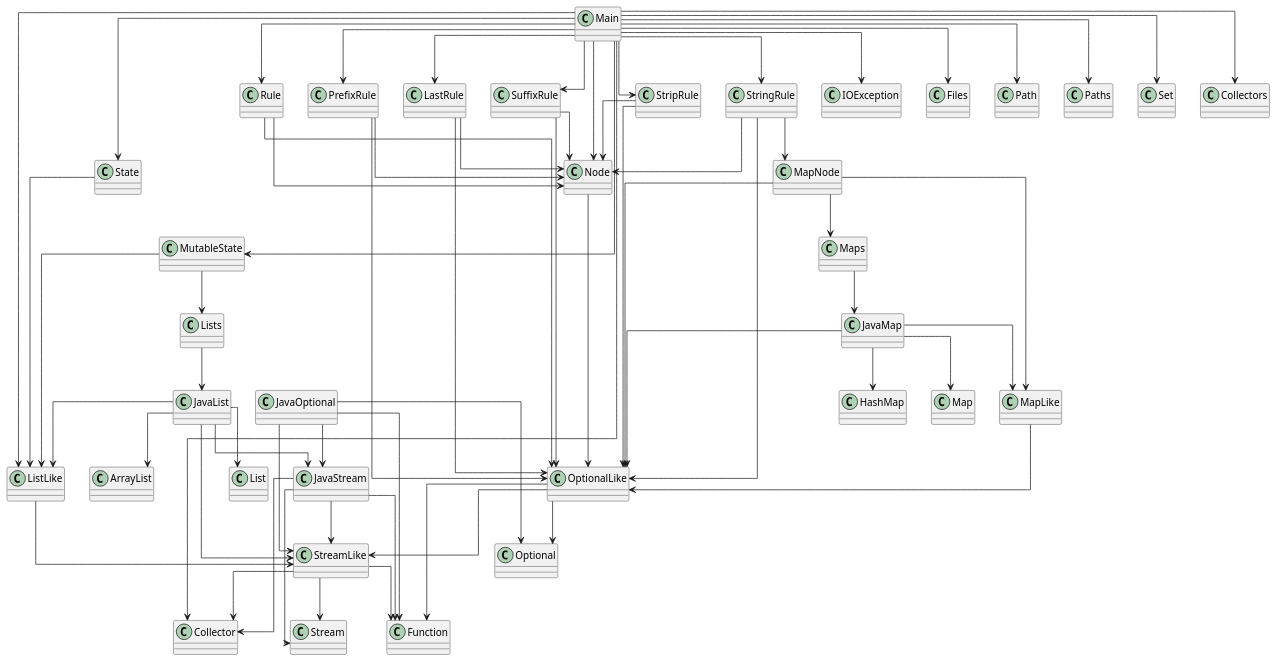
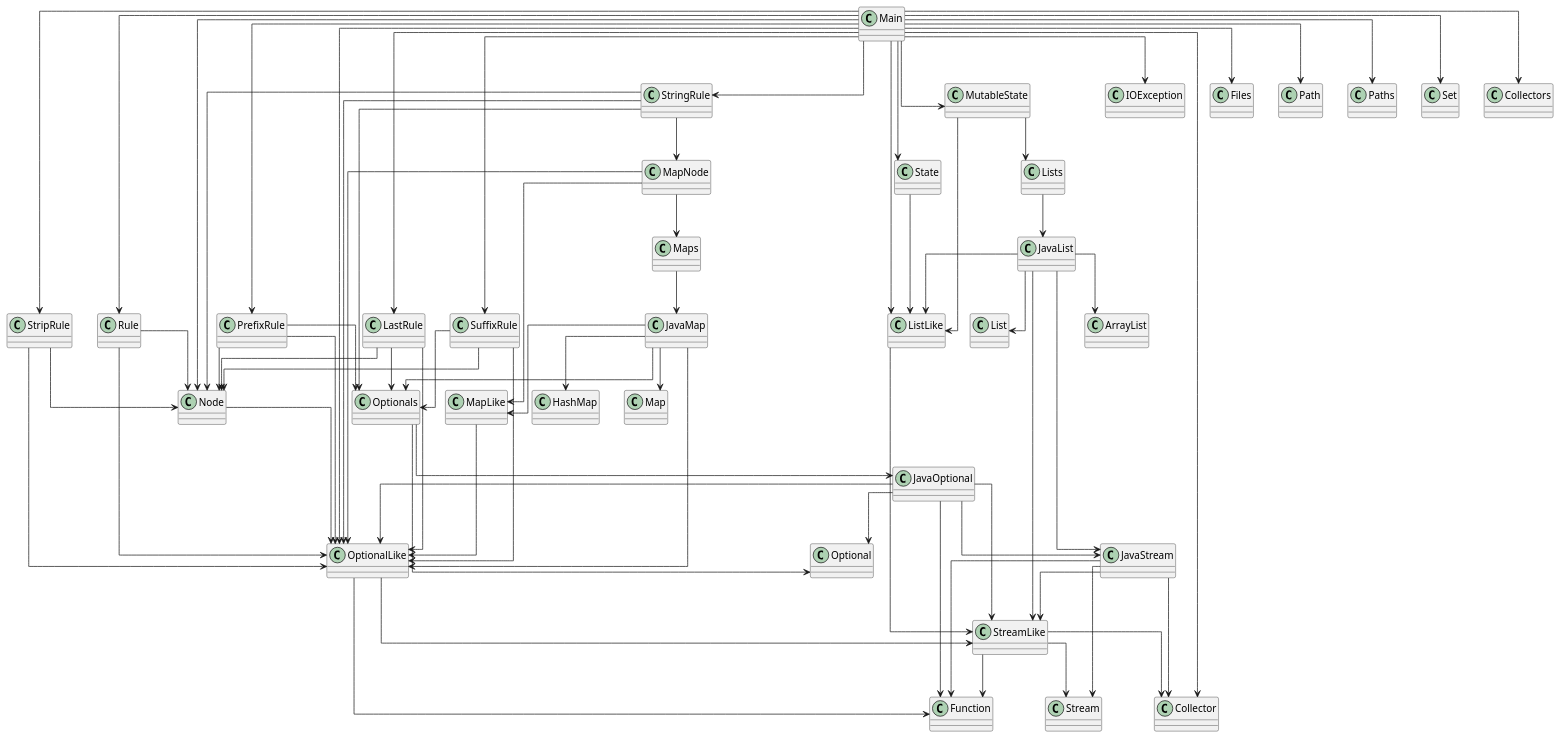
One commit to SirMathhman/Magma changed the diagram in diagram.puml. Above: the diagram before and after it, drawn with PlantUML. The commit also changed 14 other files, not shown here.

```diff
--- a/diagram.puml
+++ b/diagram.puml
@@ -1,89 +1,98 @@
 @startuml
 skinparam linetype ortho
 class ListLike
 ListLike --> StreamLike
 class Node
 Node --> OptionalLike
 class StripRule
 StripRule --> Node
 StripRule --> OptionalLike
 class Maps
 Maps --> JavaMap
 class Rule
 Rule --> Node
 Rule --> OptionalLike
 class JavaMap
+JavaMap --> OptionalLike
 JavaMap --> MapLike
+JavaMap --> Optionals
 JavaMap --> HashMap
 JavaMap --> Map
-JavaMap --> OptionalLike
+class OptionalLike
+OptionalLike --> StreamLike
+OptionalLike --> Function
 class StringRule
 StringRule --> MapNode
 StringRule --> Node
 StringRule --> OptionalLike
+StringRule --> Optionals
 class JavaList
 JavaList --> JavaStream
 JavaList --> StreamLike
 JavaList --> ListLike
 JavaList --> ArrayList
 JavaList --> List
 class PrefixRule
 PrefixRule --> Node
 PrefixRule --> OptionalLike
+PrefixRule --> Optionals
 class StreamLike
 StreamLike --> Function
 StreamLike --> Collector
 StreamLike --> Stream
 class MutableState
 MutableState --> ListLike
 MutableState --> Lists
-class OptionalLike
-OptionalLike --> StreamLike
-OptionalLike --> Optional
-OptionalLike --> Function
+class Optionals
+Optionals --> JavaOptional
+Optionals --> Optional
 class Main
 Main --> LastRule
 Main --> MutableState
+Main --> OptionalLike
 Main --> PrefixRule
 Main --> Rule
 Main --> State
 Main --> StringRule
 Main --> StripRule
 Main --> SuffixRule
 Main --> ListLike
 Main --> Node
 Main --> IOException
 Main --> Files
 Main --> Path
 Main --> Paths
 Main --> Set
 Main --> Collector
 Main --> Collectors
+class JavaOptional
+JavaOptional --> JavaStream
+JavaOptional --> OptionalLike
+JavaOptional --> StreamLike
+JavaOptional --> Optional
+JavaOptional --> Function
 class Lists
 Lists --> JavaList
 class MapNode
+MapNode --> OptionalLike
 MapNode --> MapLike
 MapNode --> Maps
-MapNode --> OptionalLike
 class LastRule
 LastRule --> Node
 LastRule --> OptionalLike
+LastRule --> Optionals
 class SuffixRule
 SuffixRule --> Node
 SuffixRule --> OptionalLike
+SuffixRule --> Optionals
 class MapLike
 MapLike --> OptionalLike
 class JavaStream
 JavaStream --> StreamLike
 JavaStream --> Function
 JavaStream --> Collector
 JavaStream --> Stream
 class State
 State --> ListLike
-class JavaOptional
-JavaOptional --> JavaStream
-JavaOptional --> StreamLike
-JavaOptional --> Optional
-JavaOptional --> Function
 
 @enduml
```
